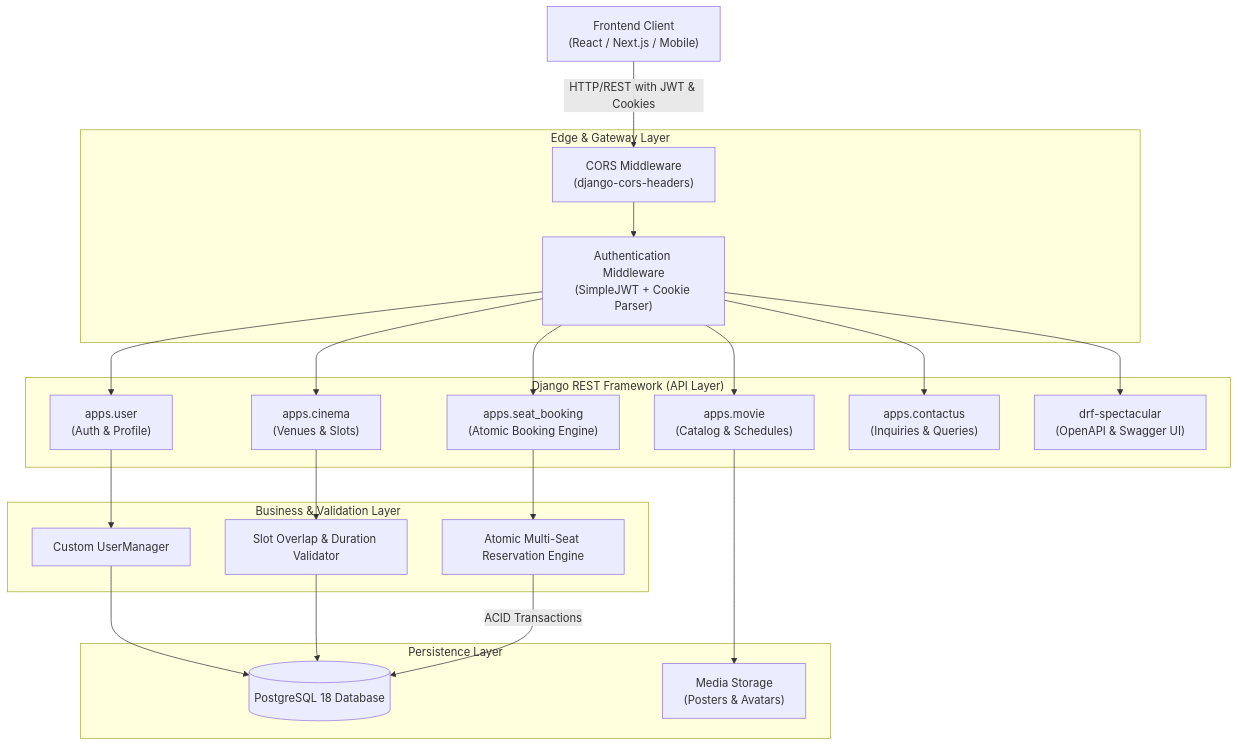
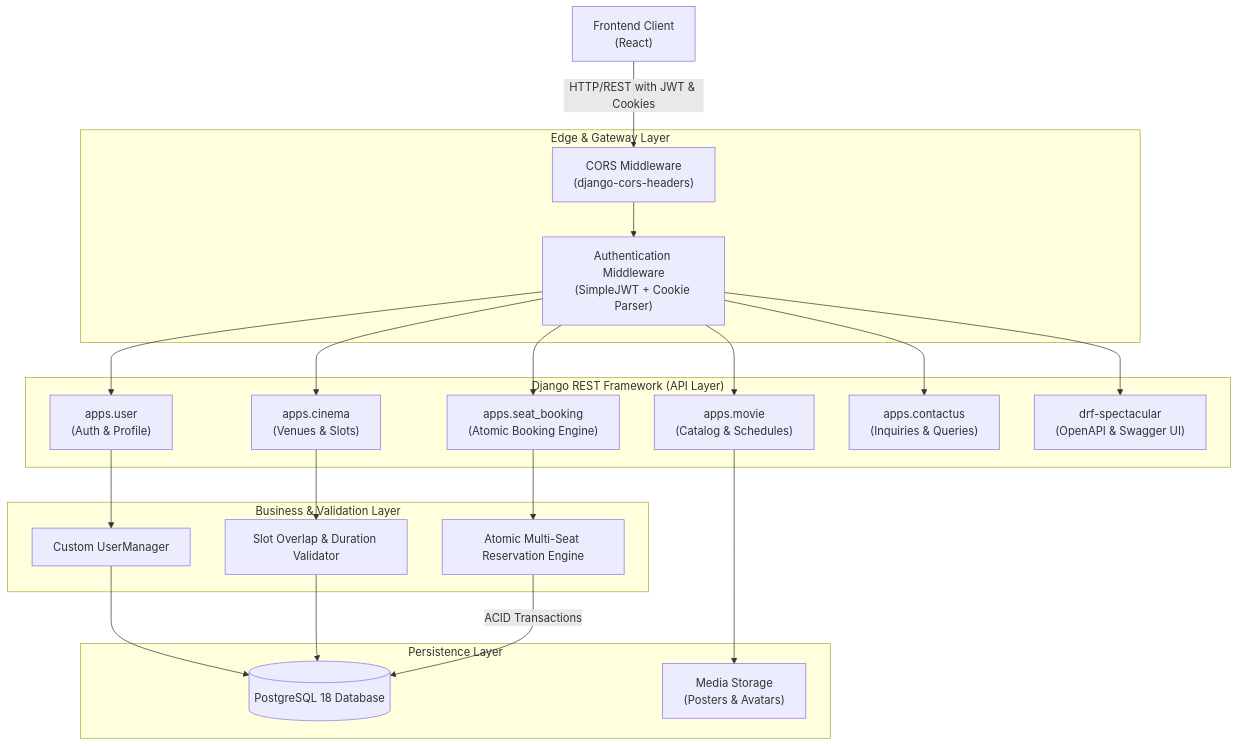
The diagram in docs/architecture/system_overview.md (lav5588/BookMyShow-backend), drawn with Mermaid before and after one commit. The commit also changed 8 other files, not shown here.

````diff
--- a/docs/architecture/system_overview.md
+++ b/docs/architecture/system_overview.md
@@ -11,47 +11,47 @@
 ```mermaid
 flowchart TD
-    Client["Frontend Client\n(React / Next.js / Mobile)"]
+    Client["Frontend Client\n(React)"]
 
     subgraph Gateway["Edge & Gateway Layer"]
         CORS["CORS Middleware\n(django-cors-headers)"]
         AuthMid["Authentication Middleware\n(SimpleJWT + Cookie Parser)"]
     end
 
     subgraph API["Django REST Framework (API Layer)"]
         UserViews["apps.user\n(Auth & Profile)"]
         MovieViews["apps.movie\n(Catalog & Schedules)"]
         CinemaViews["apps.cinema\n(Venues & Slots)"]
         BookingViews["apps.seat_booking\n(Atomic Booking Engine)"]
         ContactViews["apps.contactus\n(Inquiries & Queries)"]
         SwaggerView["drf-spectacular\n(OpenAPI & Swagger UI)"]
     end
 
     subgraph Business["Business & Validation Layer"]
         UserMgr["Custom UserManager"]
         SlotVal["Slot Overlap & Duration Validator"]
         SeatEngine["Atomic Multi-Seat Reservation Engine"]
     end
 
     subgraph Data["Persistence Layer"]
         Postgres[(PostgreSQL 18 Database)]
         StaticMedia["Media Storage\n(Posters & Avatars)"]
     end
 
     Client -->|HTTP/REST with JWT & Cookies| CORS
     CORS --> AuthMid
     AuthMid --> UserViews
     AuthMid --> MovieViews
     AuthMid --> CinemaViews
     AuthMid --> BookingViews
     AuthMid --> ContactViews
     AuthMid --> SwaggerView
 
     UserViews --> UserMgr
     CinemaViews --> SlotVal
     BookingViews --> SeatEngine
 
     UserMgr --> Postgres
     SlotVal --> Postgres
     SeatEngine -->|ACID Transactions| Postgres
     MovieViews --> StaticMedia
 ```
````
